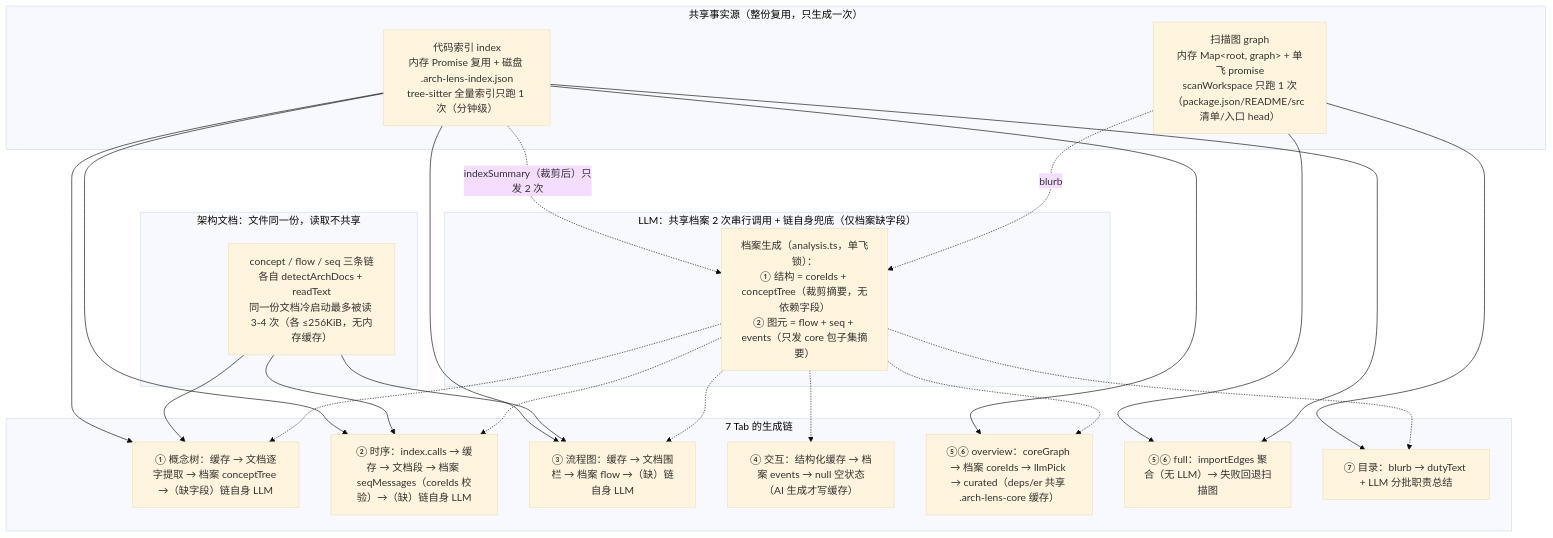
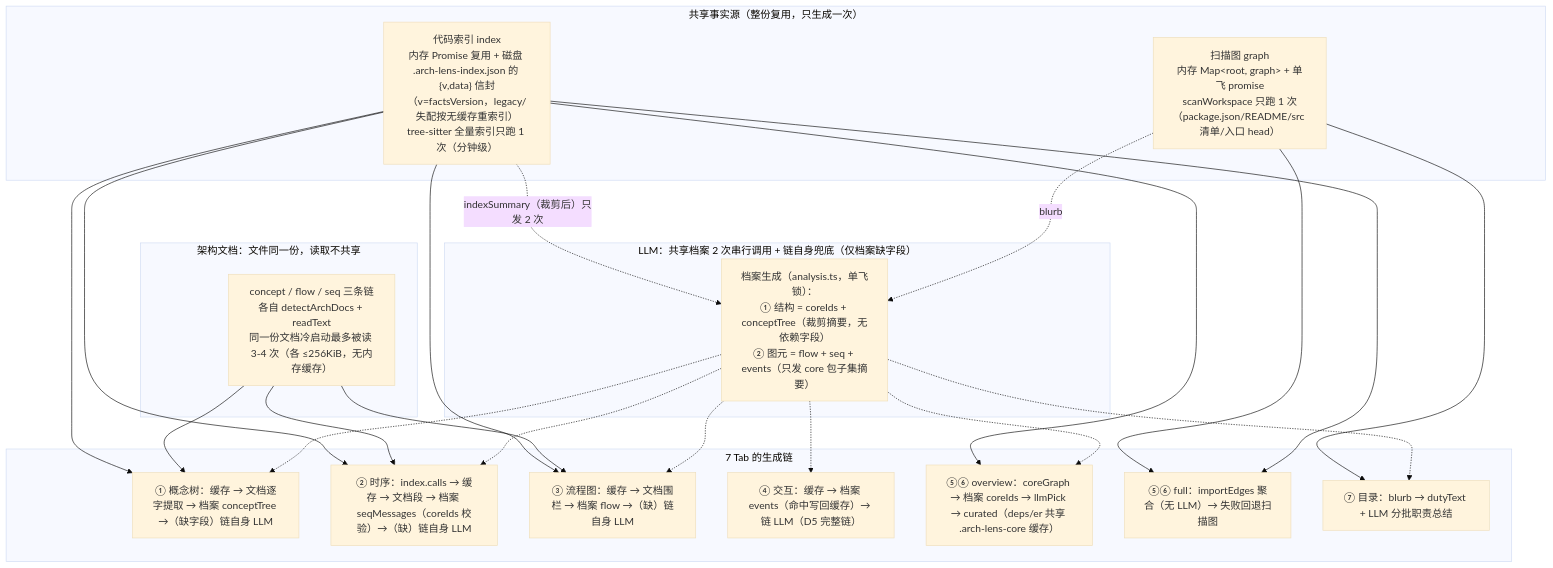
The tenth of 13 diagrams in docs/arch-lens-diagrams.md (gwj001/arch-lens), drawn with Mermaid (base theme) before and after one commit. The commit also changed other lines of this file and 1 other file, not shown here.

Commit message:
docs(arch-lens): 阶段5 文档对齐最终链路——overview 重写（factsVersion/版本信封/图注册表/统一写路径/两段式级联失效/文档组装 机制4·5·10，8 Tab 速览，42 remote 清单）；diagrams 修订（图3附 文件存储与信封语义、图4 文档组装链、图5 D5 完整链与统一形态、图8 刷新三件套新语义、图10 事实脊柱）+ 新增'重构补记：唯一事实真相与废弃面'（D6 标注，wire 不删）

````diff
--- a/docs/arch-lens-diagrams.md
+++ b/docs/arch-lens-diagrams.md
@@ -436,40 +440,40 @@
 ```mermaid
 flowchart TB
     subgraph SHARED["共享事实源（整份复用，只生成一次）"]
         G["扫描图 graph<br/>内存 Map&lt;root, graph&gt; + 单飞 promise<br/>scanWorkspace 只跑 1 次（package.json/README/src 清单/入口 head）"]
-        I["代码索引 index<br/>内存 Promise 复用 + 磁盘 .arch-lens-index.json<br/>tree-sitter 全量索引只跑 1 次（分钟级）"]
+        I["代码索引 index<br/>内存 Promise 复用 + 磁盘 .arch-lens-index.json 的 {v,data} 信封（v=factsVersion，legacy/失配按无缓存重索引）<br/>tree-sitter 全量索引只跑 1 次（分钟级）"]
     end
     subgraph DOCREAD["架构文档：文件同一份，读取不共享"]
         D["concept / flow / seq 三条链各自 detectArchDocs + readText<br/>同一份文档冷启动最多被读 3-4 次（各 ≤256KiB，无内存缓存）"]
     end
     subgraph CHAINS["7 Tab 的生成链"]
         T1["① 概念树：缓存 → 文档逐字提取 → 档案 conceptTree →（缺字段）链自身 LLM"]
         T2["② 时序：index.calls → 缓存 → 文档段 → 档案 seqMessages（coreIds 校验）→（缺）链自身 LLM"]
         T3["③ 流程图：缓存 → 文档围栏 → 档案 flow →（缺）链自身 LLM"]
-        T4["④ 交互：结构化缓存 → 档案 events → null 空状态（AI 生成才写缓存）"]
+        T4["④ 交互：缓存 → 档案 events（命中写回缓存）→ 链 LLM（D5 完整链）"]
         T5["⑤⑥ overview：coreGraph → 档案 coreIds → llmPick → curated（deps/er 共享 .arch-lens-core 缓存）"]
         T6["⑤⑥ full：importEdges 聚合（无 LLM）→ 失败回退扫描图"]
         T7["⑦ 目录：blurb → dutyText + LLM 分批职责总结"]
     end
     subgraph LLMCTX["LLM：共享档案 2 次串行调用 + 链自身兜底（仅档案缺字段）"]
         LL["档案生成（analysis.ts，单飞锁）：<br/>① 结构 = coreIds + conceptTree（裁剪摘要，无依赖字段）<br/>② 图元 = flow + seq + events（只发 core 包子集摘要）"]
     end
     G --> T6
     G --> T7
     I --> T1
     I --> T2
     I --> T3
     I --> T5
     I --> T6
     D --> T1
     D --> T2
     D --> T3
     I -.->|"indexSummary（裁剪后）只发 2 次"| LL
     G -.->|"blurb"| LL
     LL -.-> T1
     LL -.-> T2
     LL -.-> T3
     LL -.-> T4
     LL -.-> T5
     LL -.-> T7
 ```
````
